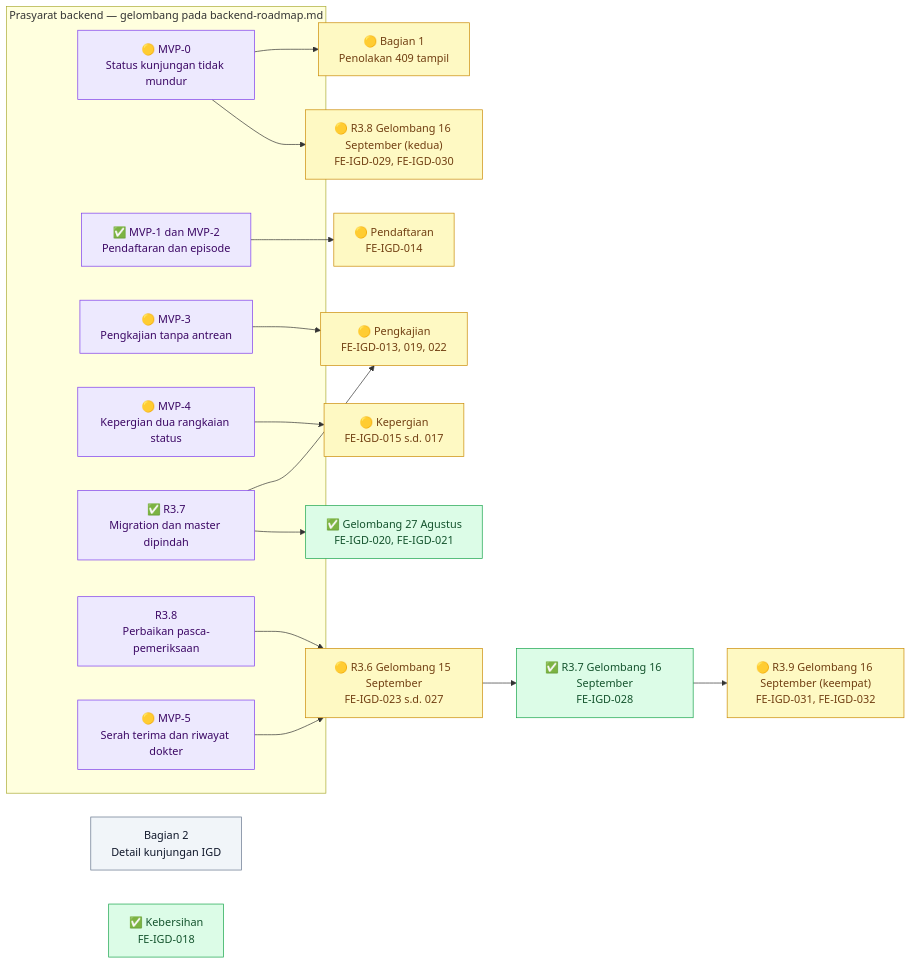
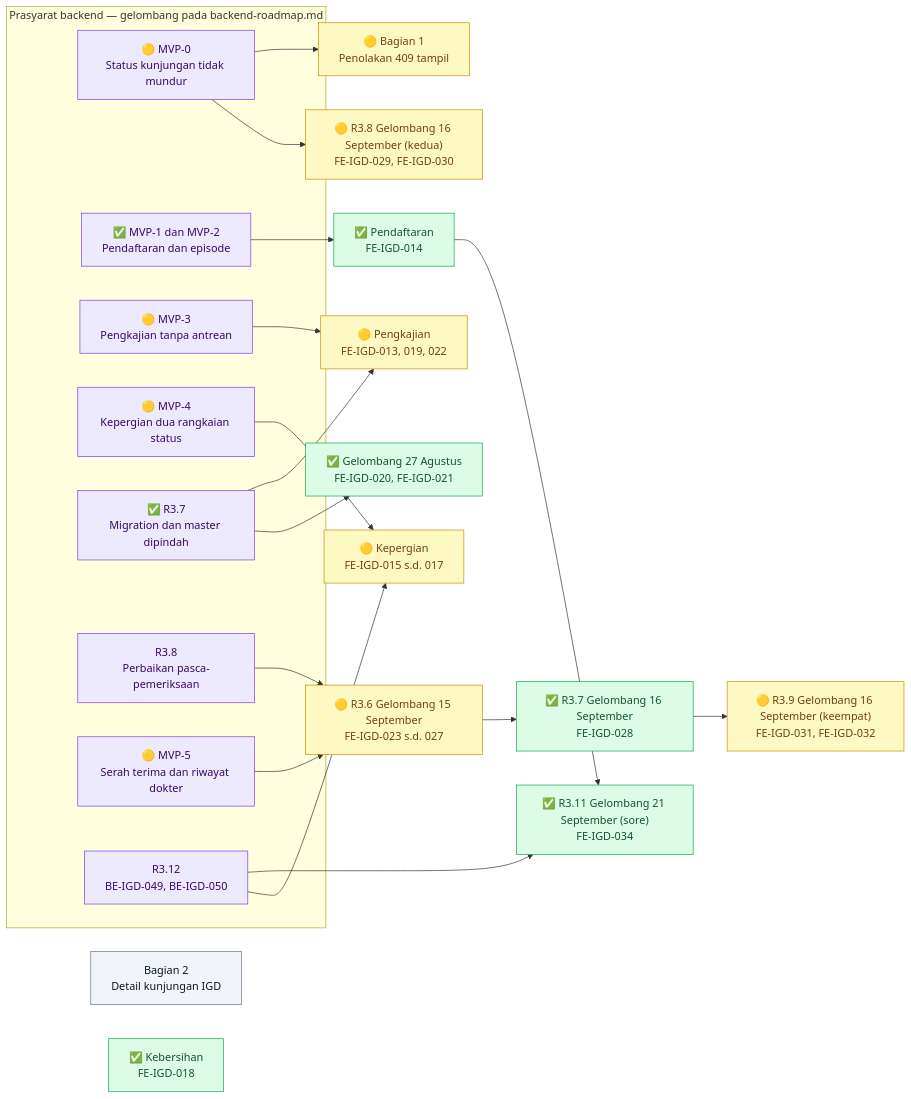
Before and after one commit to DevBenari/NewQuilvianSystemBackend: the first of 10 diagrams in docs/module-blueprints/igd/roadmap/frontend-roadmap.md, drawn with Mermaid. The commit also changed other lines of this file and 20 other files, not shown here.

````diff
--- a/docs/module-blueprints/igd/roadmap/frontend-roadmap.md
+++ b/docs/module-blueprints/igd/roadmap/frontend-roadmap.md
@@ -71,42 +71,47 @@
 ```mermaid
 flowchart LR
     classDef selesai fill:#DCFCE7,stroke:#16A34A,color:#14532D
     classDef sebagian fill:#FEF9C3,stroke:#CA8A04,color:#713F12
     classDef terblokir fill:#FEE2E2,stroke:#DC2626,color:#7F1D1D
     classDef belum fill:#F1F5F9,stroke:#64748B,color:#0F172A
     classDef luar fill:#EDE9FE,stroke:#7C3AED,color:#3B0764
 
     subgraph backend["Prasyarat backend — gelombang pada backend-roadmap.md"]
         BMVP0["🟡 MVP-0<br/>Status kunjungan tidak mundur"]:::luar
         BMVP12["✅ MVP-1 dan MVP-2<br/>Pendaftaran dan episode"]:::luar
         BMVP3["🟡 MVP-3<br/>Pengkajian tanpa antrean"]:::luar
         BMVP4["🟡 MVP-4<br/>Kepergian dua rangkaian status"]:::luar
         BR37["✅ R3.7<br/>Migration dan master dipindah"]:::luar
         BR38["R3.8<br/>Perbaikan pasca-pemeriksaan"]:::luar
         BMVP5["🟡 MVP-5<br/>Serah terima dan riwayat dokter"]:::luar
+        BR312["R3.12<br/>BE-IGD-049, BE-IGD-050"]:::luar
     end
 
     FMVP0["🟡 Bagian 1<br/>Penolakan 409 tampil"]:::sebagian
     FWARIS["Bagian 2<br/>Detail kunjungan IGD"]:::belum
-    FDAFTAR["🟡 Pendaftaran<br/>FE-IGD-014"]:::sebagian
+    FDAFTAR["✅ Pendaftaran<br/>FE-IGD-014"]:::selesai
     FKAJI["🟡 Pengkajian<br/>FE-IGD-013, 019, 022"]:::sebagian
     FPERGI["🟡 Kepergian<br/>FE-IGD-015 s.d. 017"]:::sebagian
     FMASTER["✅ Gelombang 27 Agustus<br/>FE-IGD-020, FE-IGD-021"]:::selesai
     FBERSIH["✅ Kebersihan<br/>FE-IGD-018"]:::selesai
     FPASCA["🟡 R3.6 Gelombang 15 September<br/>FE-IGD-023 s.d. 027"]:::sebagian
     FPASCA2["✅ R3.7 Gelombang 16 September<br/>FE-IGD-028"]:::selesai
     FARRIVED["🟡 R3.8 Gelombang 16 September (kedua)<br/>FE-IGD-029, FE-IGD-030"]:::sebagian
     FTATA["🟡 R3.9 Gelombang 16 September (keempat)<br/>FE-IGD-031, FE-IGD-032"]:::sebagian
+    FPRA["✅ R3.11 Gelombang 21 September (sore)<br/>FE-IGD-034"]:::selesai
 
     BMVP0 --> FMVP0
     BMVP0 --> FARRIVED
     BMVP12 --> FDAFTAR
     BMVP3 --> FKAJI
     BR37 --> FKAJI
     BMVP4 --> FPERGI
     BR37 --> FMASTER
     BR38 --> FPASCA
     BMVP5 --> FPASCA
     FPASCA --> FPASCA2
     FPASCA2 --> FTATA
+    BR312 --> FPRA
+    BR312 --> FPERGI
+    FDAFTAR --> FPRA
 ```
````
